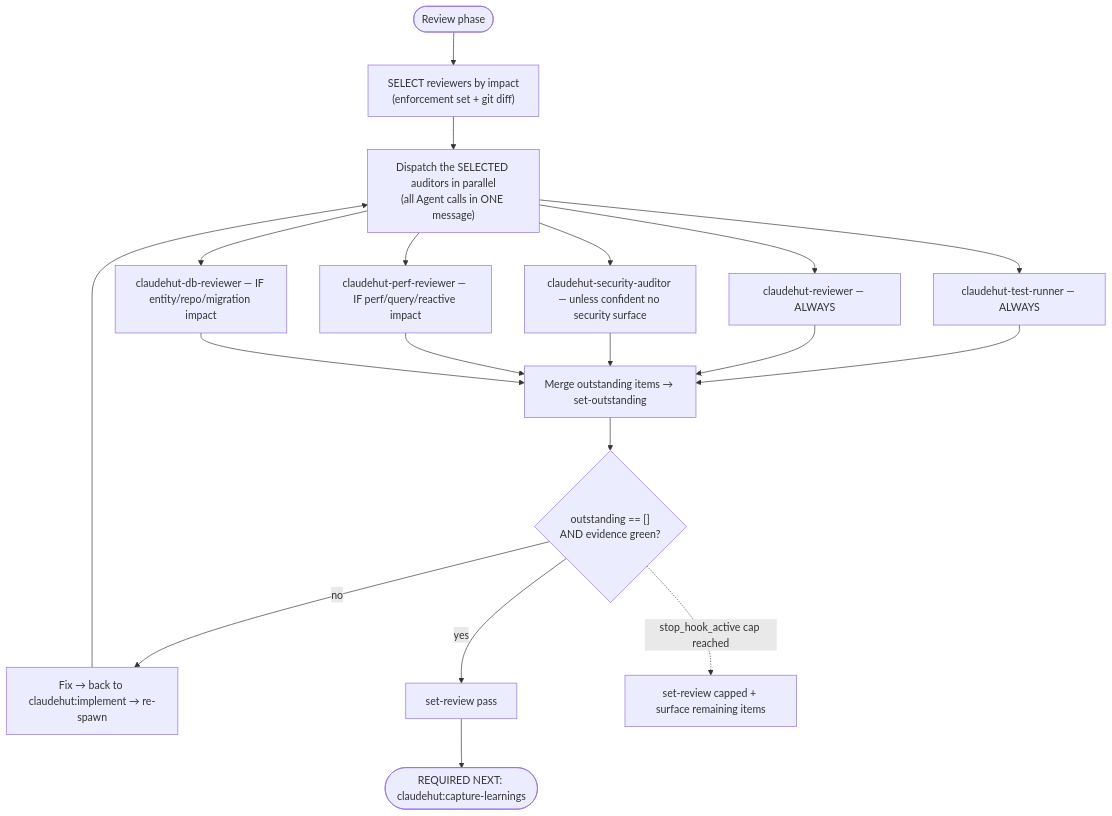
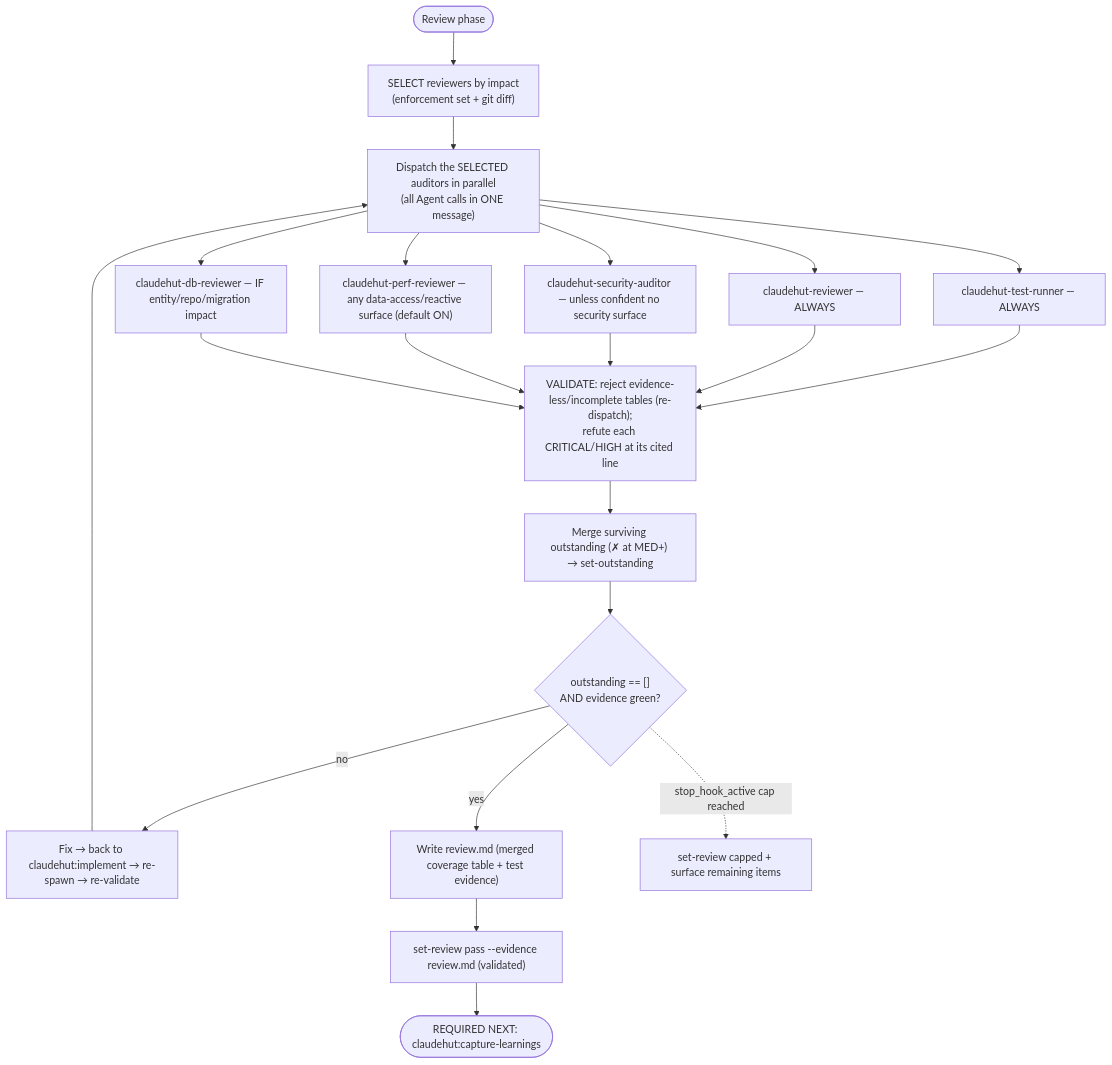
One commit to taipt1504/claudehut changed the diagram in skills/review/SKILL.md. Above: the diagram before and after it, drawn with Mermaid. The commit also changed other lines of this file and 15 other files, not shown here.

````diff
--- a/skills/review/SKILL.md
+++ b/skills/review/SKILL.md
@@ -24,17 +61,19 @@
 ```mermaid
 flowchart TB
     start([Review phase]) --> sel["SELECT reviewers by impact<br/>(enforcement set + git diff)"]
     sel --> spawn["Dispatch the SELECTED auditors in parallel<br/>(all Agent calls in ONE message)"]
     spawn --> tr["claudehut-test-runner — ALWAYS"]
     spawn --> rv["claudehut-reviewer — ALWAYS"]
     spawn --> sa["claudehut-security-auditor — unless confident no security surface"]
-    spawn --> pr["claudehut-perf-reviewer — IF perf/query/reactive impact"]
+    spawn --> pr["claudehut-perf-reviewer — any data-access/reactive surface (default ON)"]
     spawn --> db["claudehut-db-reviewer — IF entity/repo/migration impact"]
-    tr & rv & sa & pr & db --> merge["Merge outstanding items → set-outstanding"]
+    tr & rv & sa & pr & db --> val["VALIDATE: reject evidence-less/incomplete tables (re-dispatch);<br/>refute each CRITICAL/HIGH at its cited line"]
+    val --> merge["Merge surviving outstanding (✗ at MED+) → set-outstanding"]
     merge --> cond{"outstanding == []<br/>AND evidence green?"}
-    cond -- no --> fix["Fix → back to claudehut:implement → re-spawn"]
+    cond -- no --> fix["Fix → back to claudehut:implement → re-spawn → re-validate"]
     fix --> spawn
-    cond -- yes --> pass["set-review pass"]
+    cond -- yes --> rec["Write review.md (merged coverage table + test evidence)"]
+    rec --> pass["set-review pass --evidence review.md (validated)"]
     pass --> done([REQUIRED NEXT: claudehut:capture-learnings])
     cond -. stop_hook_active cap reached .-> capped["set-review capped + surface remaining items"]
 ```
````
